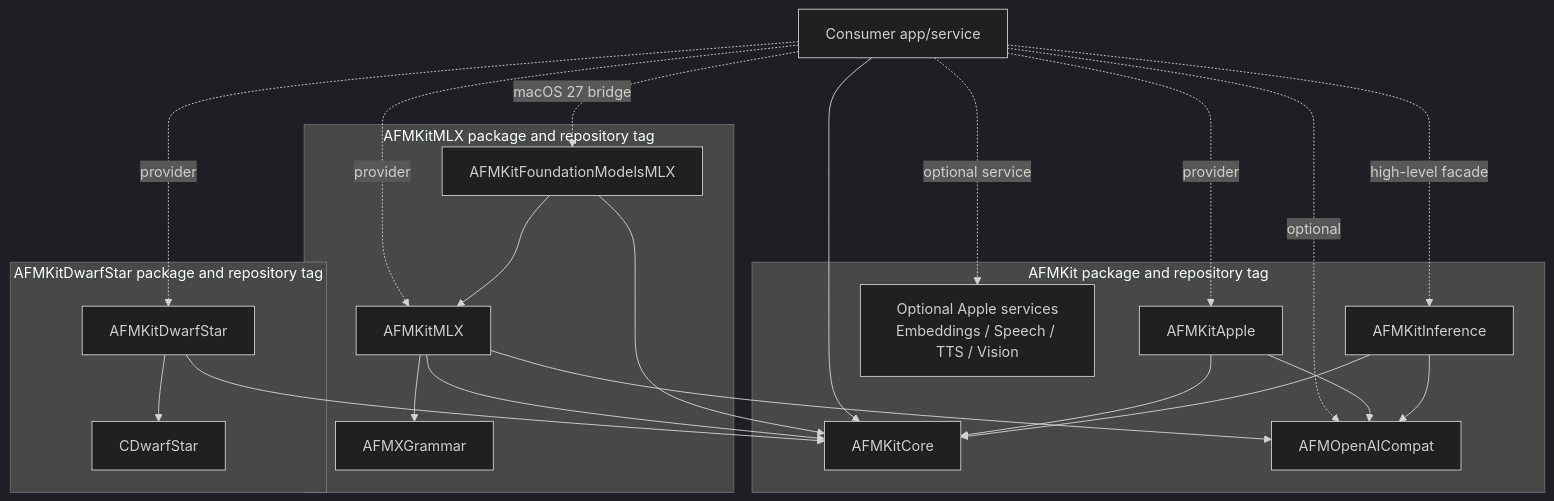
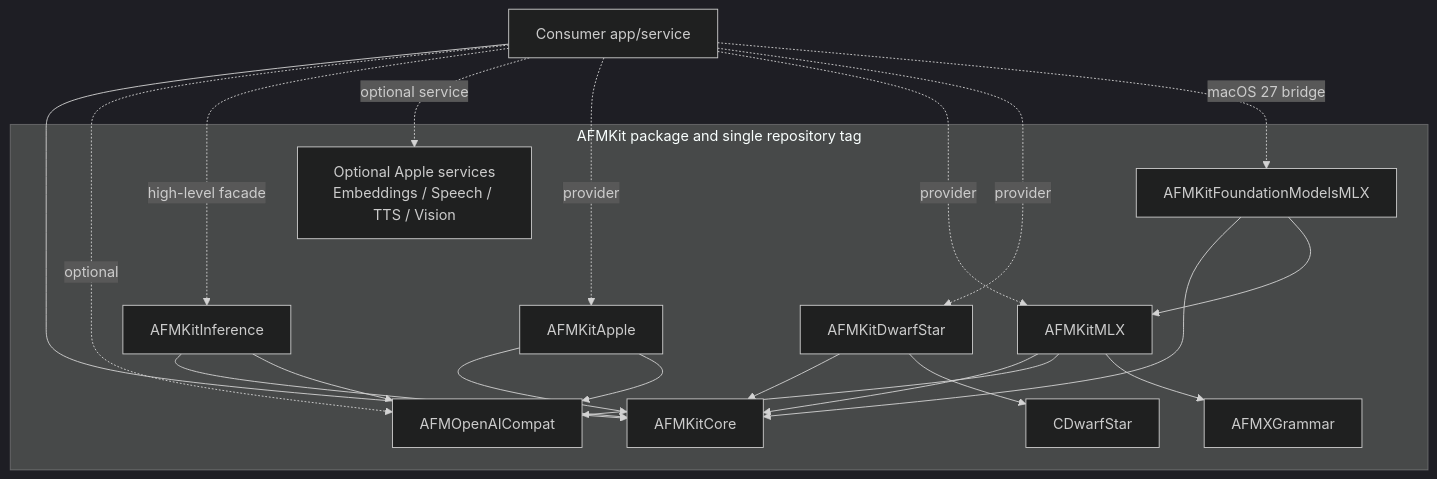
The first of 3 diagrams in Architecture/02-containers-and-modules.md (scouzi1966/AFMKit), drawn with Mermaid (dark theme) before and after one commit. The commit also changed other lines of this file and 36 other files, not shown here.

Commit message:
Consolidate AFMKit into one package

````diff
--- a/Architecture/02-containers-and-modules.md
+++ b/Architecture/02-containers-and-modules.md
@@ -5,40 +5,36 @@
 ```mermaid
 flowchart TD
     App["Consumer app/service"]
-    subgraph Public["AFMKit package and repository tag"]
+    subgraph Public["AFMKit package and single repository tag"]
         Core["AFMKitCore"]
         OAI["AFMOpenAICompat"]
         Inference["AFMKitInference"]
         Services["Optional Apple services\nEmbeddings / Speech / TTS / Vision"]
         Apple["AFMKitApple"]
-    end
-    subgraph Dwarf["AFMKitDwarfStar package and repository tag"]
         DS["AFMKitDwarfStar"]
         CDS["CDwarfStar"]
-    end
-    subgraph PrivateMLX["AFMKitMLX package and repository tag"]
         MLX["AFMKitMLX"]
         FMMLX["AFMKitFoundationModelsMLX"]
         CGram["AFMXGrammar"]
     end
 
     App --> Core
     App -. optional .-> OAI
     App -. high-level facade .-> Inference
     App -. optional service .-> Services
     App -. provider .-> Apple
     App -. provider .-> MLX
     App -. provider .-> DS
     App -. macOS 27 bridge .-> FMMLX
     Apple --> Core
     Apple --> OAI
     Inference --> Core
     Inference --> OAI
     MLX --> Core
     MLX --> OAI
     MLX --> CGram
     FMMLX --> Core
     FMMLX --> MLX
     DS --> Core
     DS --> CDS
 ```
````
